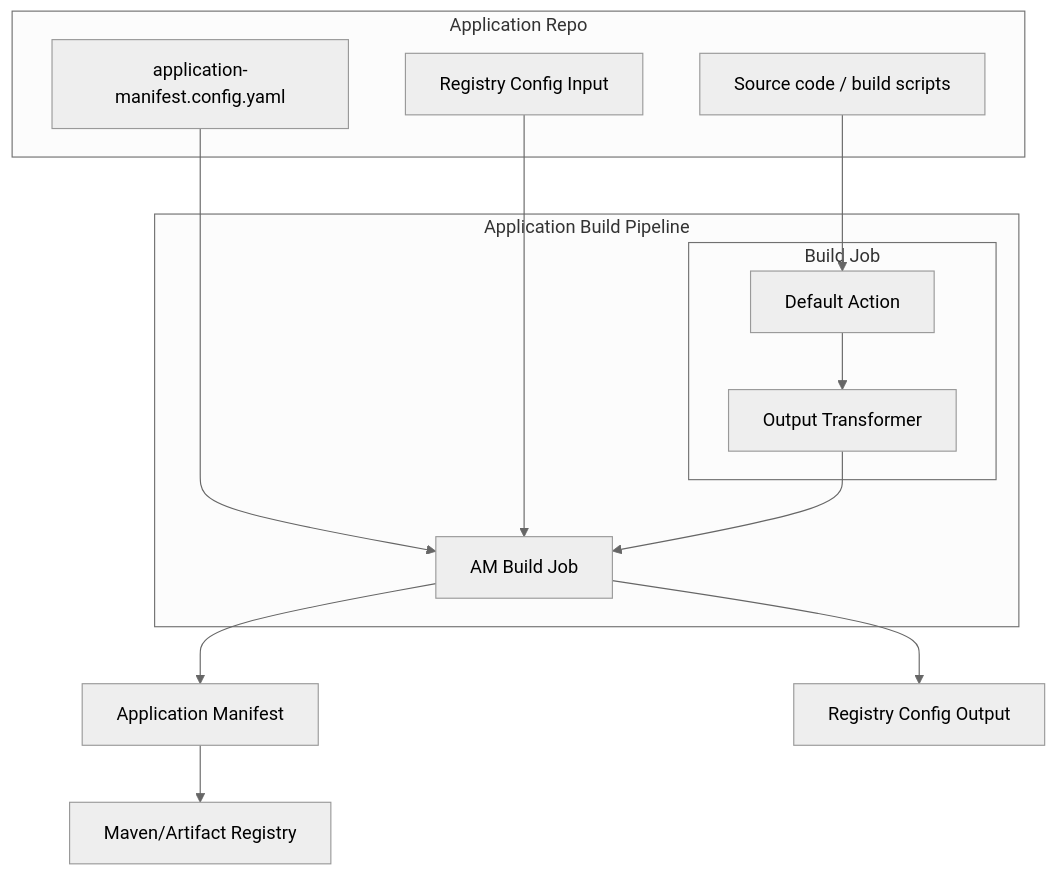
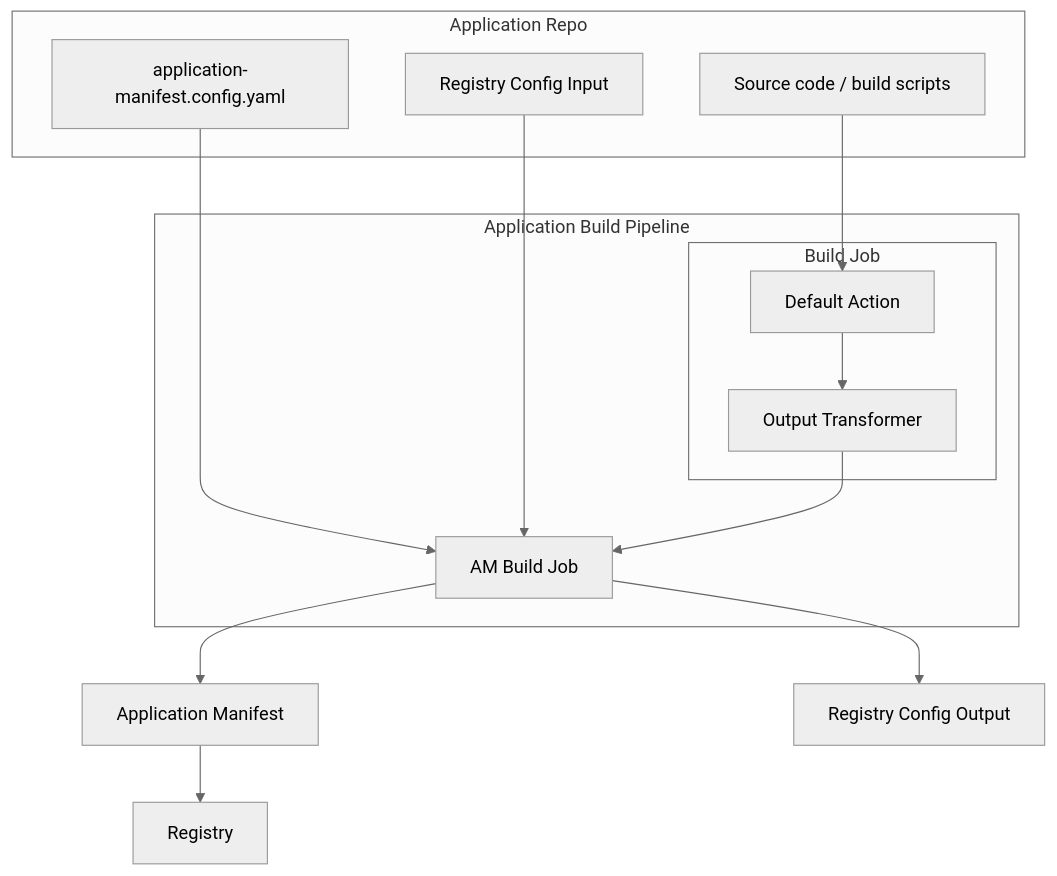
Before and after one commit to sivareddyit/qubership-envgene: the diagram in docs/analysis/application-manifest-build-cli.md, drawn with Mermaid (neutral theme). The commit also changed 3 other files, not shown here.

````diff
--- a/docs/analysis/application-manifest-build-cli.md
+++ b/docs/analysis/application-manifest-build-cli.md
@@ -28,26 +28,26 @@
 ```mermaid
 flowchart TD
     subgraph Application Repo
       A[application-manifest.config.yaml]
       B[Registry Config Input]
       C[Source code / build scripts]
     end
     subgraph Application Build Pipeline
       subgraph Build Job
         D1[Default Action]
         D2[Output Transformer]
         D1 --> D2
       end
       E[AM Build Job]
     end
     F[Application Manifest]
     G[Registry Config Output]
-    H[Maven/Artifact Registry]
+    H[Registry]
     A --> E
     B --> E
     D2 --> E
     C --> D1
     E --> F
     E --> G
     F --> H
 ```
````
